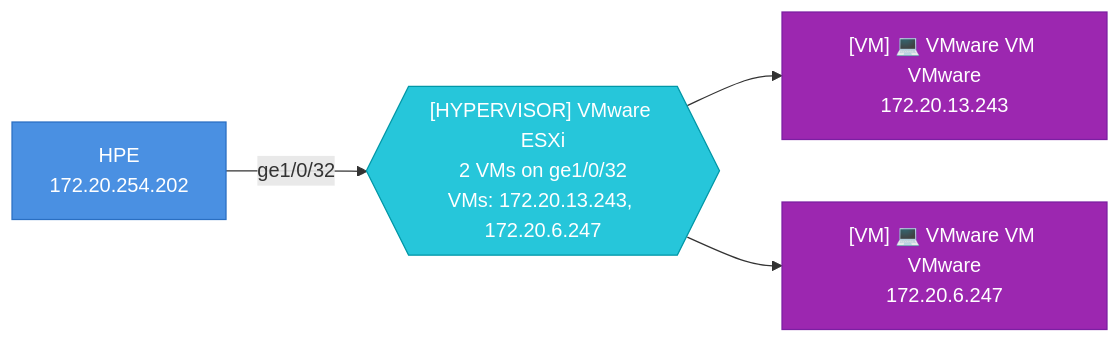
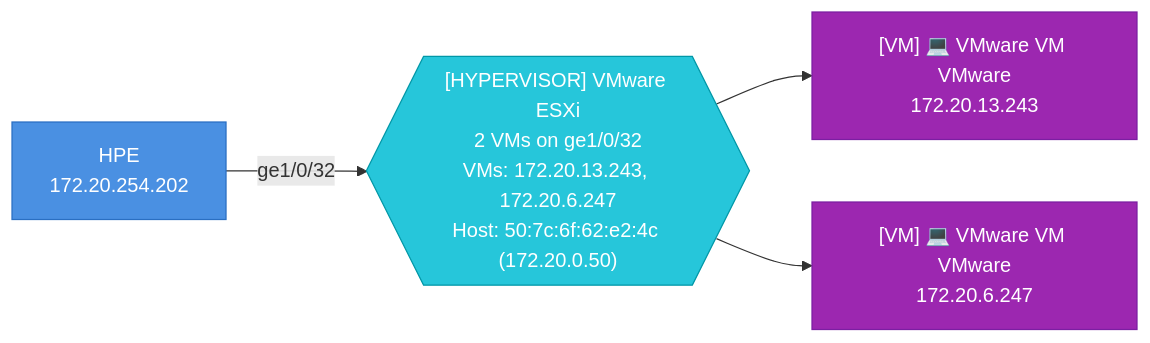
Before and after one commit to djamic/LLDP-Skanner-Go: diagram 35 of 35 in testdata/golden/report_esxi_sections.md, drawn with Mermaid. The commit also changed other lines of this file and 2 other files, not shown here.

First line of the commit message:
F73: one hypervisor diagram per hypervisor port; only vNIC links are VMs

````diff
--- a/testdata/golden/report_esxi_sections.md
+++ b/testdata/golden/report_esxi_sections.md
@@ -951,14 +872,14 @@
 ```mermaid
 graph LR
-  hyp_4caea38deec9_ge1_0_32{{"[HYPERVISOR] VMware ESXi<br>2 VMs on ge1/0/32<br>VMs: 172.20.13.243, 172.20.6.247"}}
+  hyp_4caea38deec9_ge1_0_32{{"[HYPERVISOR] VMware ESXi<br>2 VMs on ge1/0/32<br>VMs: 172.20.13.243, 172.20.6.247<br>Host: 50:7c:6f:62:e2:4c (172.20.0.50)"}}
   4caea38deec9["HPE<br>172.20.254.202"]
   4caea38deec9-- "ge1/0/32" -->hyp_4caea38deec9_ge1_0_32
   style 4caea38deec9 fill:#4A90E2,stroke:#2A6FC2,color:#fff
   000c29735e0b["[VM] 💻 VMware VM VMware<br>172.20.13.243"]
   hyp_4caea38deec9_ge1_0_32-->000c29735e0b
   style 000c29735e0b fill:#9C27B0,stroke:#7B1FA2,color:#fff
   000c297f194e["[VM] 💻 VMware VM VMware<br>172.20.6.247"]
   hyp_4caea38deec9_ge1_0_32-->000c297f194e
   style 000c297f194e fill:#9C27B0,stroke:#7B1FA2,color:#fff
   style hyp_4caea38deec9_ge1_0_32 fill:#26C6DA,stroke:#0097A7,color:#fff
 ```
````
